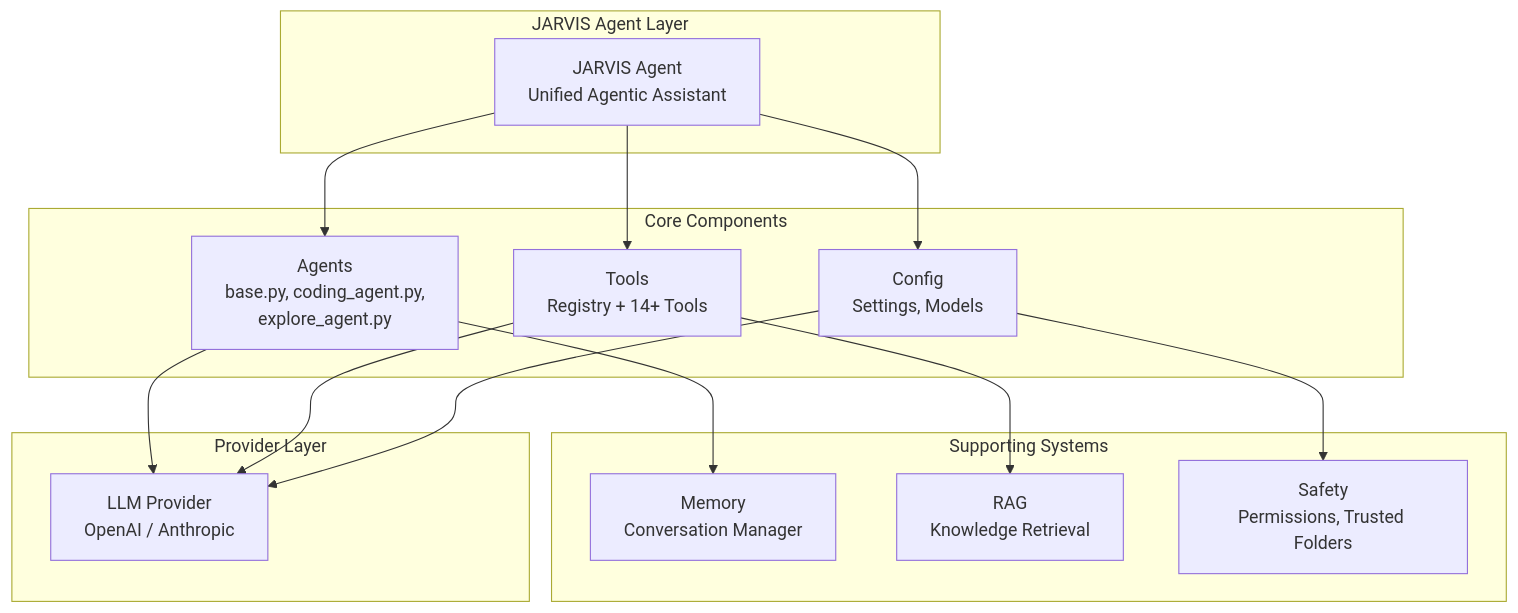
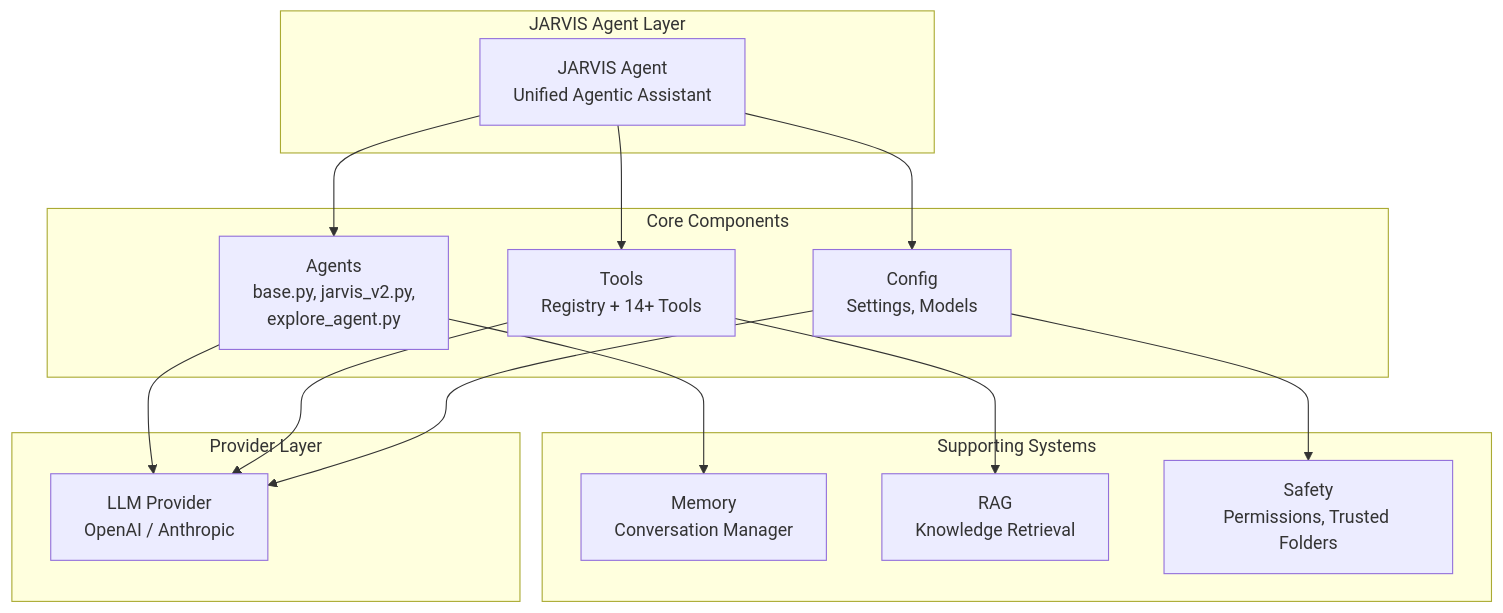
One commit to AnonymousCoderArtist/JARVIS-2.0 changed the first of 2 diagrams in README.md. Above: the diagram before and after it, drawn with Mermaid. The commit also changed other lines of this file and 2 other files, not shown here.

Commit message:
refactor: Rename coding_agent.py to jarvis_v2.py and update related documentation

````diff
--- a/README.md
+++ b/README.md
@@ -58,32 +58,32 @@
 ```mermaid
 graph TB
     subgraph "JARVIS Agent Layer"
         A[JARVIS Agent<br/>Unified Agentic Assistant]
     end
 
     subgraph "Core Components"
-        B[Agents<br/>base.py, coding_agent.py,<br/>explore_agent.py]
+        B[Agents<br/>base.py, jarvis_v2.py,<br/>explore_agent.py]
         C[Tools<br/>Registry + 14+ Tools]
         D[Config<br/>Settings, Models]
     end
 
     subgraph "Supporting Systems"
         E[Memory<br/>Conversation Manager]
         F[RAG<br/>Knowledge Retrieval]
         G[Safety<br/>Permissions, Trusted Folders]
     end
 
     subgraph "Provider Layer"
         H[LLM Provider<br/>OpenAI / Anthropic]
     end
 
     A --> B
     A --> C
     A --> D
     B --> E
     C --> F
     D --> G
     B --> H
     C --> H
     D --> H
 ```
````
